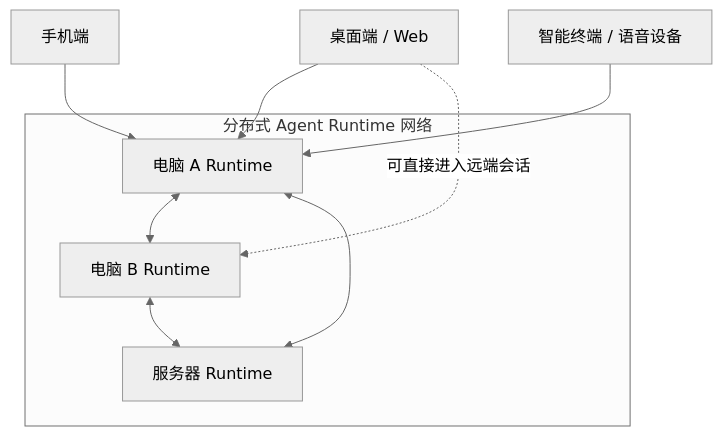
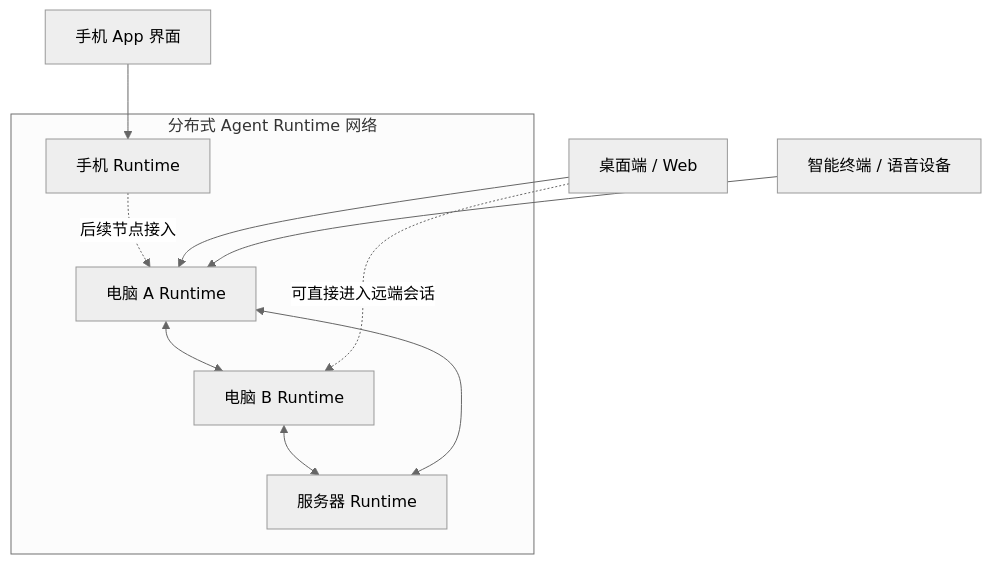
One commit to crazymad-apps/ez-assistant changed the first of 2 diagrams in docs/inputs/260904-分布式Agent网络与融合文件系统愿景.md. Above: the diagram before and after it, drawn with Mermaid (neutral theme). The commit also changed other lines of this file and 678 other files, not shown here.

````diff
--- a/docs/inputs/260904-分布式Agent网络与融合文件系统愿景.md
+++ b/docs/inputs/260904-分布式Agent网络与融合文件系统愿景.md
@@ -21,16 +23,18 @@
 ```mermaid
 flowchart TB
     subgraph Network[分布式 Agent Runtime 网络]
         A[电脑 A Runtime]
         B[电脑 B Runtime]
         S[服务器 Runtime]
+        M[手机 Runtime]
         A <--> B
         B <--> S
         S <--> A
+        M -.后续节点接入.-> A
     end
 
     Desktop[桌面端 / Web] --> A
-    Mobile[手机端] --> A
+    Mobile[手机 App 界面] --> M
     Device[智能终端 / 语音设备] --> A
     Desktop -.可直接进入远端会话.-> B
 ```
````
